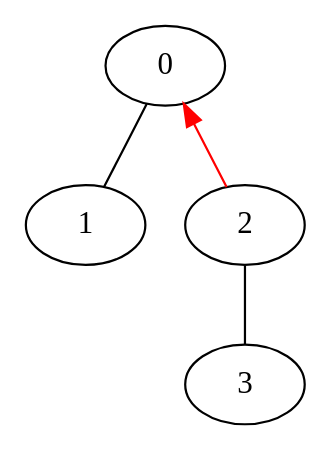
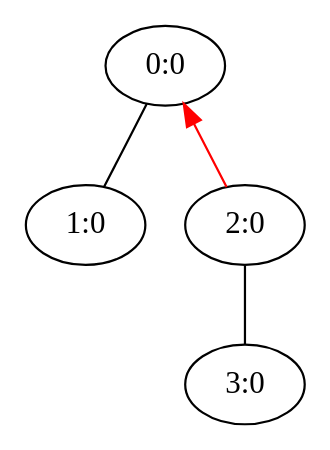
Before and after one commit to DSMishler/EBA_models: the diagram in EBA_graphviz/testrun/sim0002.dot, drawn with Graphviz. The commit also changed 63 other files, not shown here.

Commit message:
system calls, labels for graphs, bidirectional recent sends

```diff
--- a/EBA_graphviz/testrun/sim0002.dot
+++ b/EBA_graphviz/testrun/sim0002.dot
@@ -1,11 +1,11 @@
 // network test graph
 digraph
 {
-	0 []
-	1 []
-	2 []
-	3 []
+	0 [label="0:0"]
+	1 [label="1:0"]
+	2 [label="2:0"]
+	3 [label="3:0"]
 	0 -> 1 [dir=none]
 	0 -> 2 [dir=back,color=red]
 	2 -> 3 [dir=none]
 }
```
